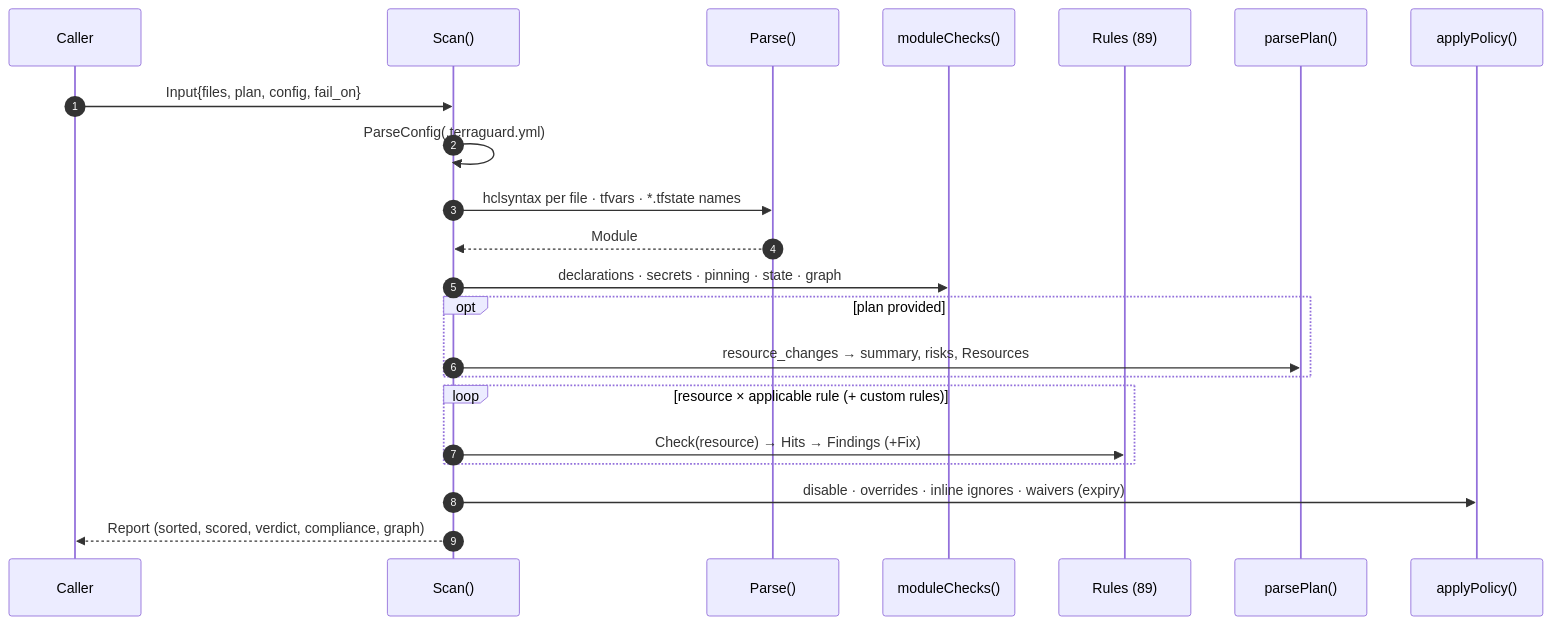
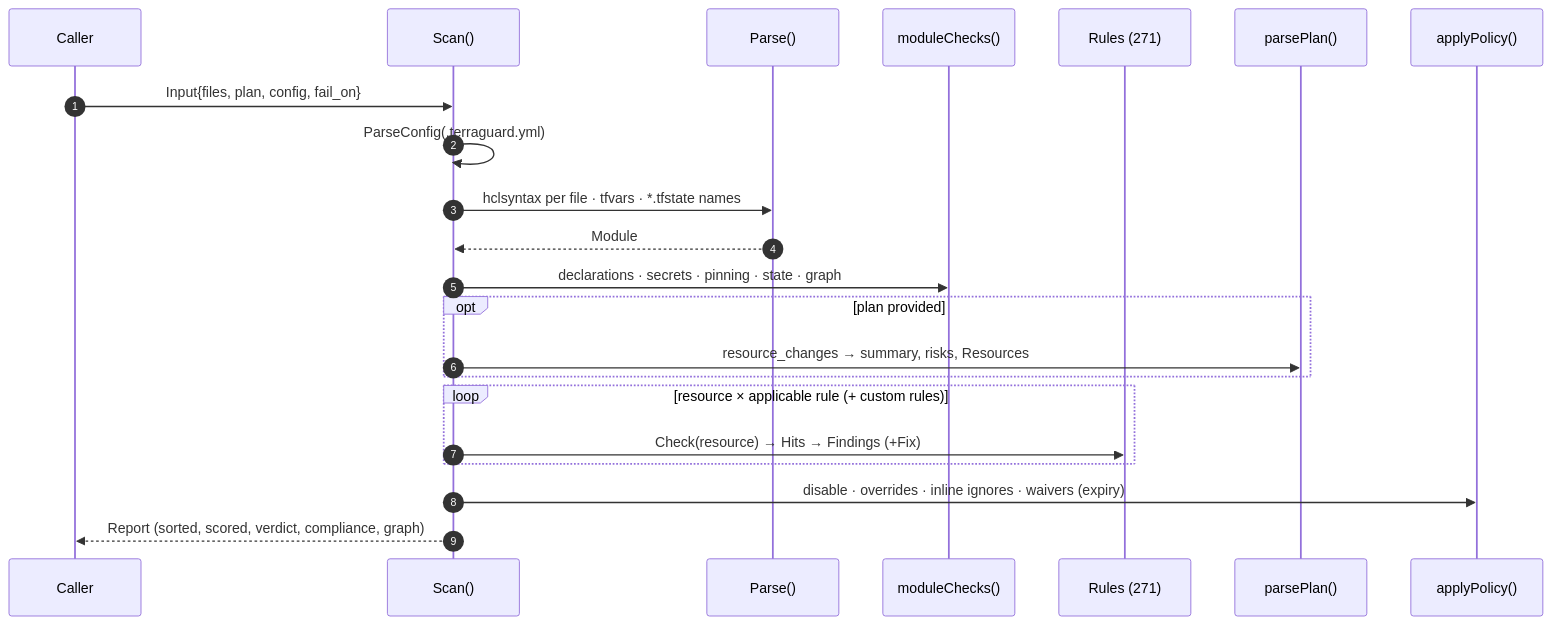
One commit to Karthik-099/TERRAGUARD changed the sixth of 13 diagrams in docs/ARCHITECTURE.md. Above: the diagram before and after it, drawn with Mermaid. The commit also changed other lines of this file and 101 other files, not shown here.

Commit message:
feat: 271 rules, provider schema checks, HCP Terraform run tasks, rule filters and proposals, shortcuts; security: CodeQL, dependency review, pinned actions, HSTS

````diff
--- a/docs/ARCHITECTURE.md
+++ b/docs/ARCHITECTURE.md
@@ -253,24 +253,24 @@
 ```mermaid
 sequenceDiagram
   autonumber
   participant C as Caller
   participant S as Scan()
   participant P as Parse()
   participant MC as moduleChecks()
-  participant RR as Rules (89)
+  participant RR as Rules (271)
   participant PL as parsePlan()
   participant PO as applyPolicy()
   C->>S: Input{files, plan, config, fail_on}
   S->>S: ParseConfig(.terraguard.yml)
   S->>P: hclsyntax per file · tfvars · *.tfstate names
   P-->>S: Module
   S->>MC: declarations · secrets · pinning · state · graph
   opt plan provided
     S->>PL: resource_changes → summary, risks, Resources
   end
   loop resource × applicable rule (+ custom rules)
     S->>RR: Check(resource) → Hits → Findings (+Fix)
   end
   S->>PO: disable · overrides · inline ignores · waivers (expiry)
   S-->>C: Report (sorted, scored, verdict, compliance, graph)
 ```
````
